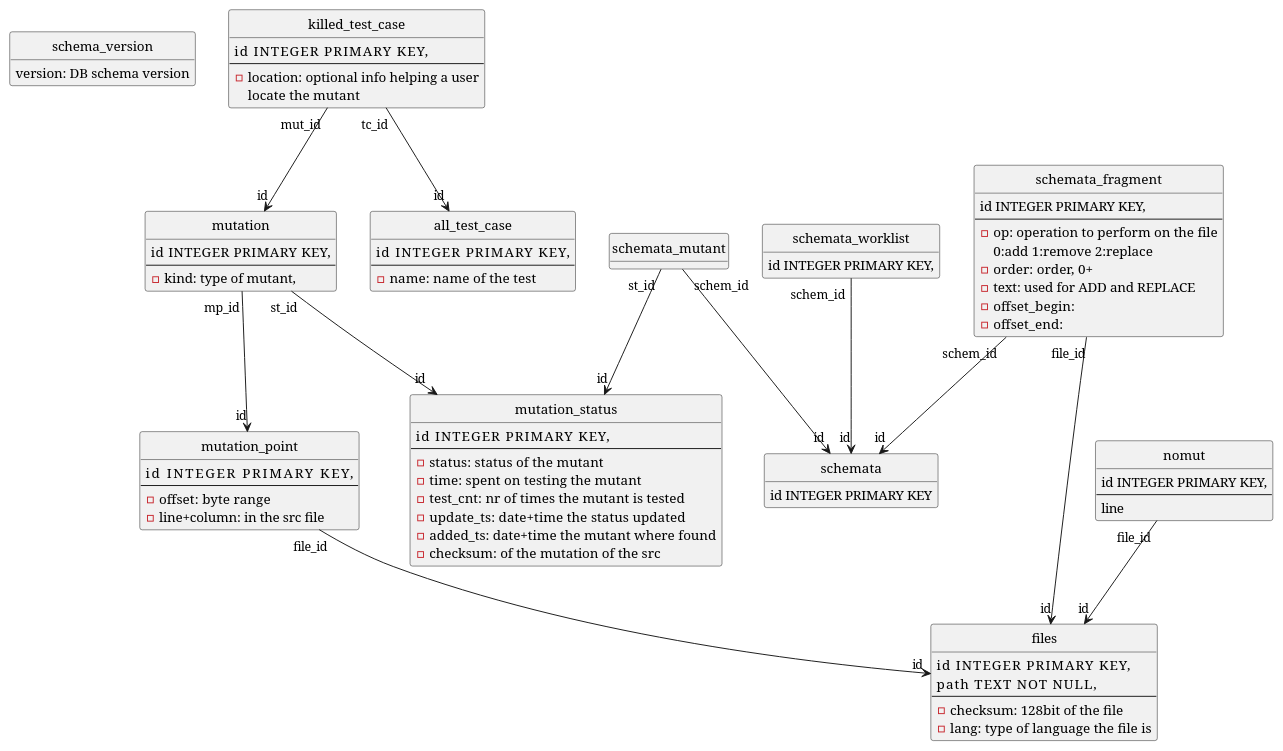
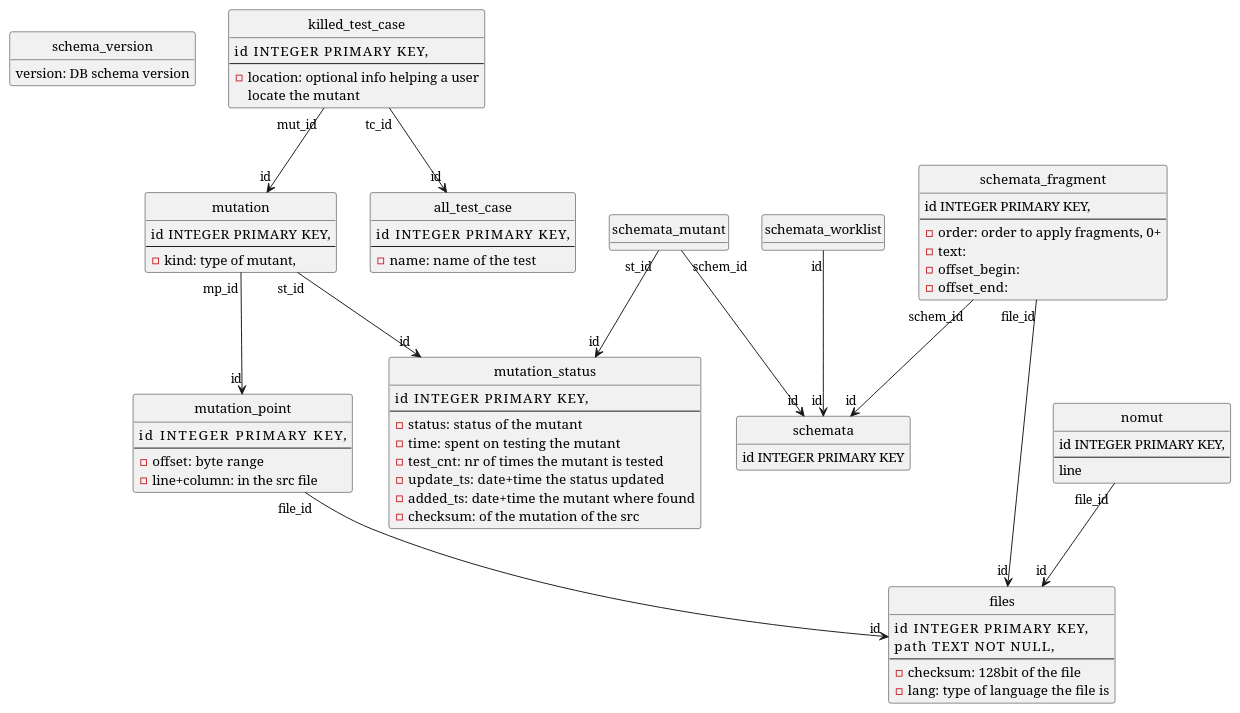
Before and after one commit to joakim-brannstrom/dextool: the diagram in plugin/mutate/doc/design/figures/database_schema.pu, drawn with PlantUML. The commit also changed 2 other files, not shown here.

```diff
--- a/plugin/mutate/doc/design/figures/database_schema.pu
+++ b/plugin/mutate/doc/design/figures/database_schema.pu
@@ -1,93 +1,90 @@
 @startuml
 hide circle
 hide methods
 
 class schema_version {
 version: DB schema version
 }
 
 class killed_test_case {
     id          INTEGER PRIMARY KEY,
 ---
 - location: optional info helping a user
 locate the mutant
 }
 killed_test_case "mut_id" --> "id" mutation
 killed_test_case "tc_id" --> "id" all_test_case
 
 class all_test_case {
     id          INTEGER PRIMARY KEY,
 ---
 - name: name of the test
 }
 
 class mutation_status {
     id          INTEGER PRIMARY KEY,
 ---
 - status: status of the mutant
 - time: spent on testing the mutant
 - test_cnt: nr of times the mutant is tested
 - update_ts: date+time the status updated
 - added_ts: date+time the mutant where found
 - checksum: of the mutation of the src
 }
 
 class mutation {
     id      INTEGER PRIMARY KEY,
 ---
 - kind: type of mutant,
 }
 mutation "mp_id" --> "id" mutation_point
 mutation "st_id" --> "id" mutation_status
 
 class mutation_point {
     id              INTEGER PRIMARY KEY,
 ---
 - offset: byte range
 - line+column: in the src file
 }
 mutation_point "file_id" --> "id" files
 
 class nomut {
 id  INTEGER PRIMARY KEY,
 ---
 line
 }
 nomut "file_id" --> "id" files
 
 class files {
     id          INTEGER PRIMARY KEY,
     path        TEXT NOT NULL,
 ---
 - checksum: 128bit of the file
 - lang: type of language the file is
 }
 
 class schemata {
     id  INTEGER PRIMARY KEY
 }
 
 class schemata_fragment {
     id  INTEGER PRIMARY KEY,
 ---
-- op: operation to perform on the file
-  0:add 1:remove 2:replace
-- order: order, 0+
-- text: used for ADD and REPLACE
+- order: order to apply fragments, 0+
+- text:
 - offset_begin:
 - offset_end:
 }
 schemata_fragment "schem_id" --> "id" schemata
 schemata_fragment "file_id" --> "id" files
 
 class schemata_mutant {
 }
 schemata_mutant "schem_id" --> "id" schemata
 schemata_mutant "st_id" --> "id" mutation_status
 
 class schemata_worklist {
-    id  INTEGER PRIMARY KEY,
 }
-schemata_worklist "schem_id" --> "id" schemata
+schemata_worklist "id" --> "id" schemata
 
 @enduml
```
